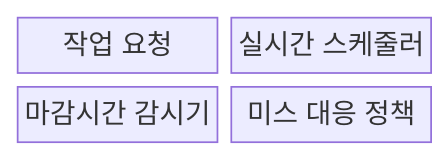
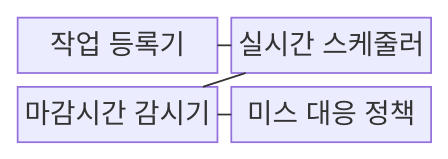
The first of 2 diagrams in src/content/docs/notes/02-hardware/062_hard_soft_real_time.md (agnusdei1207/knowledge-base), drawn with Mermaid before and after one commit. The commit also changed other lines of this file and 20 other files, not shown here.

````diff
--- a/src/content/docs/notes/02-hardware/062_hard_soft_real_time.md
+++ b/src/content/docs/notes/02-hardware/062_hard_soft_real_time.md
@@ -61,8 +62,11 @@
 ```mermaid
-block-beta
+block
   columns 2
-  A["작업 요청"]
+  A["작업 등록기"]
   B["실시간 스케줄러"]
   C["마감시간 감시기"]
   D["미스 대응 정책"]
+  A --- B
+  B --- C
+  C --- D
 ```
````
